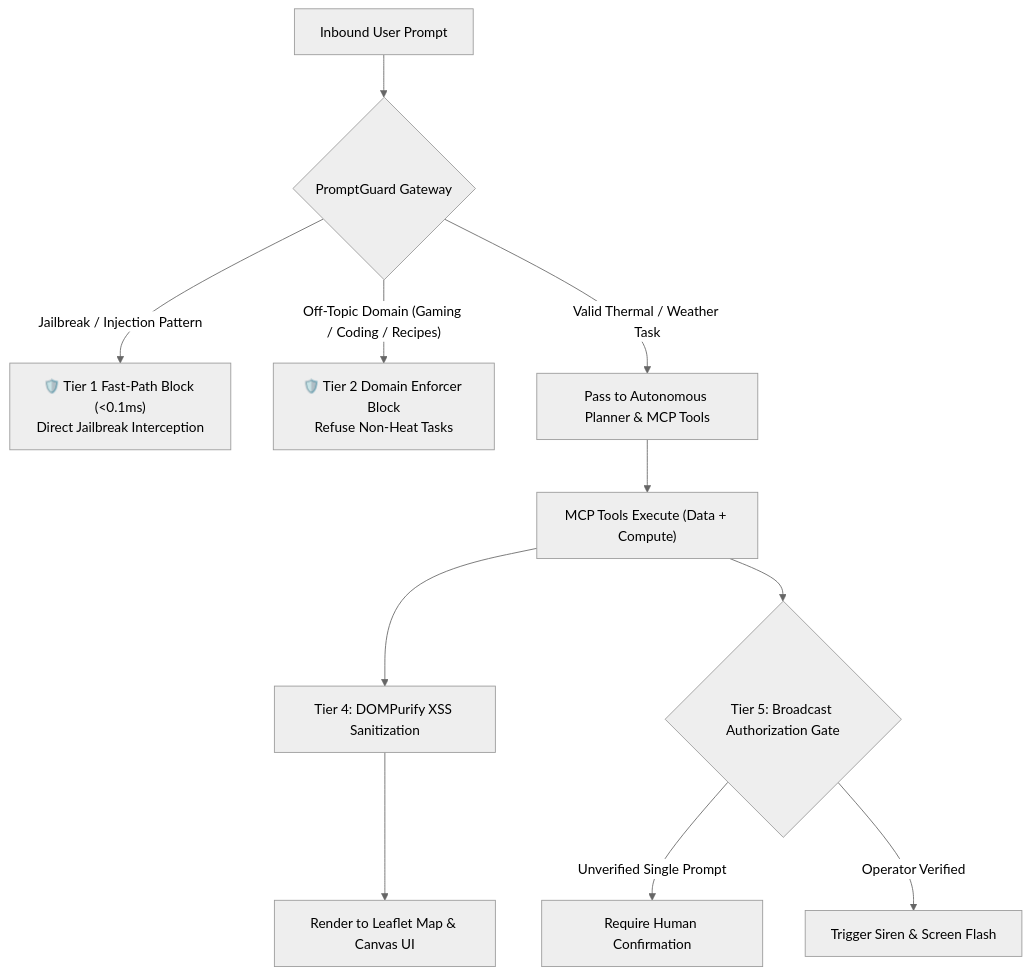
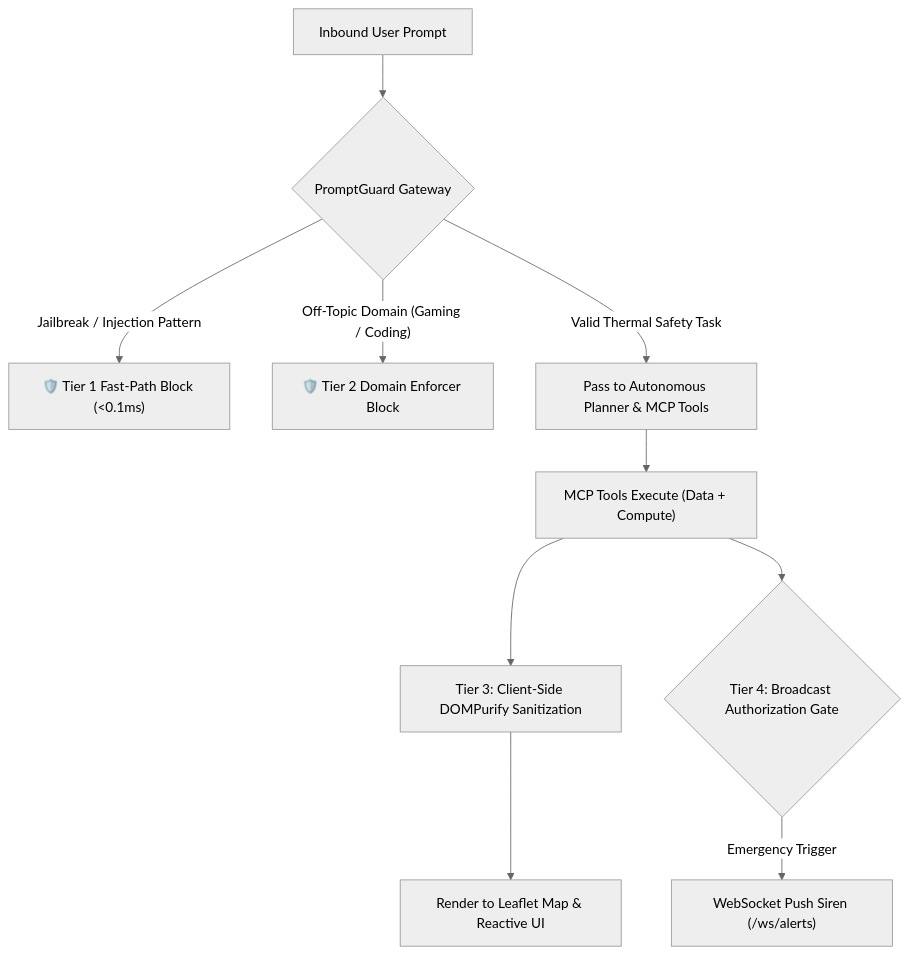
One commit to AscilCH/heatshield-mcp changed the fourth of 5 diagrams in ARCHITECTURE.md. Above: the diagram before and after it, drawn with Mermaid (neutral theme). The commit also changed other lines of this file, not shown here.

Commit message:
docs(whitepaper): update system architecture whitepaper with 4-domain DDD, Polyglot ACID persistence, and modular SRP frontend

````diff
--- a/ARCHITECTURE.md
+++ b/ARCHITECTURE.md
@@ -154,16 +180,15 @@
 ```mermaid
 graph TD
     UserPrompt["Inbound User Prompt"] --> PG{"PromptGuard Gateway"}
     
-    PG -->|"Jailbreak / Injection Pattern"| Block1["🛡️ Tier 1 Fast-Path Block (<0.1ms)<br/>Direct Jailbreak Interception"]
-    PG -->|"Off-Topic Domain (Gaming / Coding / Recipes)"| Block2["🛡️ Tier 2 Domain Enforcer Block<br/>Refuse Non-Heat Tasks"]
-    PG -->|"Valid Thermal / Weather Task"| LLM["Pass to Autonomous Planner & MCP Tools"]
+    PG -->|"Jailbreak / Injection Pattern"| Block1["🛡️ Tier 1 Fast-Path Block (<0.1ms)"]
+    PG -->|"Off-Topic Domain (Gaming / Coding)"| Block2["🛡️ Tier 2 Domain Enforcer Block"]
+    PG -->|"Valid Thermal Safety Task"| LLM["Pass to Autonomous Planner & MCP Tools"]
     
     LLM --> Tools["MCP Tools Execute (Data + Compute)"]
-    Tools --> Sanitizer["Tier 4: DOMPurify XSS Sanitization"]
-    Sanitizer --> CanvasUI["Render to Leaflet Map & Canvas UI"]
+    Tools --> Sanitizer["Tier 3: Client-Side DOMPurify Sanitization"]
+    Sanitizer --> CanvasUI["Render to Leaflet Map & Reactive UI"]
     
-    Tools --> BroadGate{"Tier 5: Broadcast Authorization Gate"}
-    BroadGate -->|"Unverified Single Prompt"| RequireConf["Require Human Confirmation"]
-    BroadGate -->|"Operator Verified"| LiveAlert["Trigger Siren & Screen Flash"]
+    Tools --> BroadGate{"Tier 4: Broadcast Authorization Gate"}
+    BroadGate -->|"Emergency Trigger"| LiveAlert["WebSocket Push Siren (/ws/alerts)"]
 ```
````
